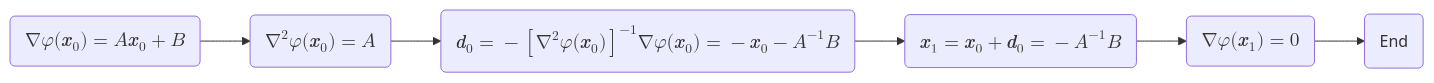
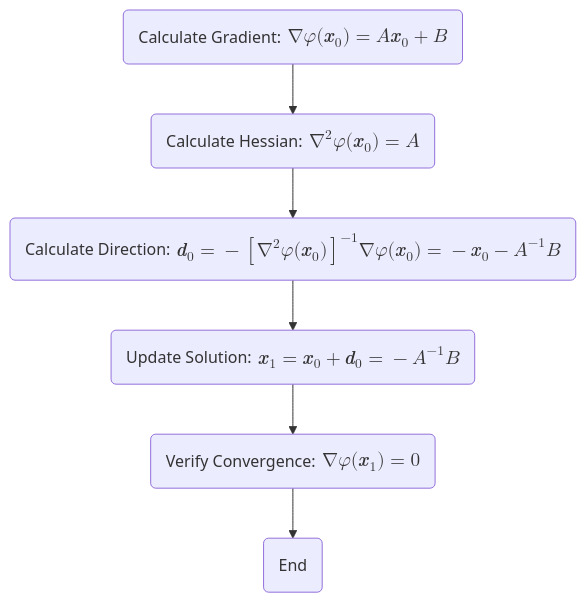
Before and after one commit to peterpanxw/xiweipan: the diagram in content/en/blog/2025-04-20-constrainedopti.md, drawn with Mermaid.

Commit message:
updating site on Tue Apr 22 17:02:43     2025

````diff
--- a/content/en/blog/2025-04-20-constrainedopti.md
+++ b/content/en/blog/2025-04-20-constrainedopti.md
@@ -130,4 +130,4 @@
 ```mermaid
-graph LR
-A("$$\nabla\varphi(\pmb{x}_0)=A\pmb{x}_0+B$$") --> B("$$\nabla^2\varphi(\pmb{x}_0)=A$$") --> C("$$\pmb{d}_0=-\left[\nabla^2\varphi(\pmb{x}_0)\right]^{-1}\nabla\varphi(\pmb{x}_0)=-\pmb{x}_0-A^{-1}B$$") --> D("$$\pmb{x}_1=\pmb{x}_0+\pmb{d}_0=-A^{-1}B$$") --> E("$$\nabla\varphi(\pmb{x}_1)=0$$") --> F(End)
+graph TB
+A("Calculate Gradient:$$\ \nabla\varphi(\pmb{x}_0)=A\pmb{x}_0+B$$") --> B("Calculate Hessian:$$\ \nabla^2\varphi(\pmb{x}_0)=A$$") --> C("Calculate Direction:$$\ \pmb{d}_0=-\left[\nabla^2\varphi(\pmb{x}_0)\right]^{-1}\nabla\varphi(\pmb{x}_0)=-\pmb{x}_0-A^{-1}B$$") --> D("Update Solution:$$\ \pmb{x}_1=\pmb{x}_0+\pmb{d}_0=-A^{-1}B$$") --> E("Verify Convergence:$$\ \nabla\varphi(\pmb{x}_1)=0$$") --> F(End)
 ```
````
